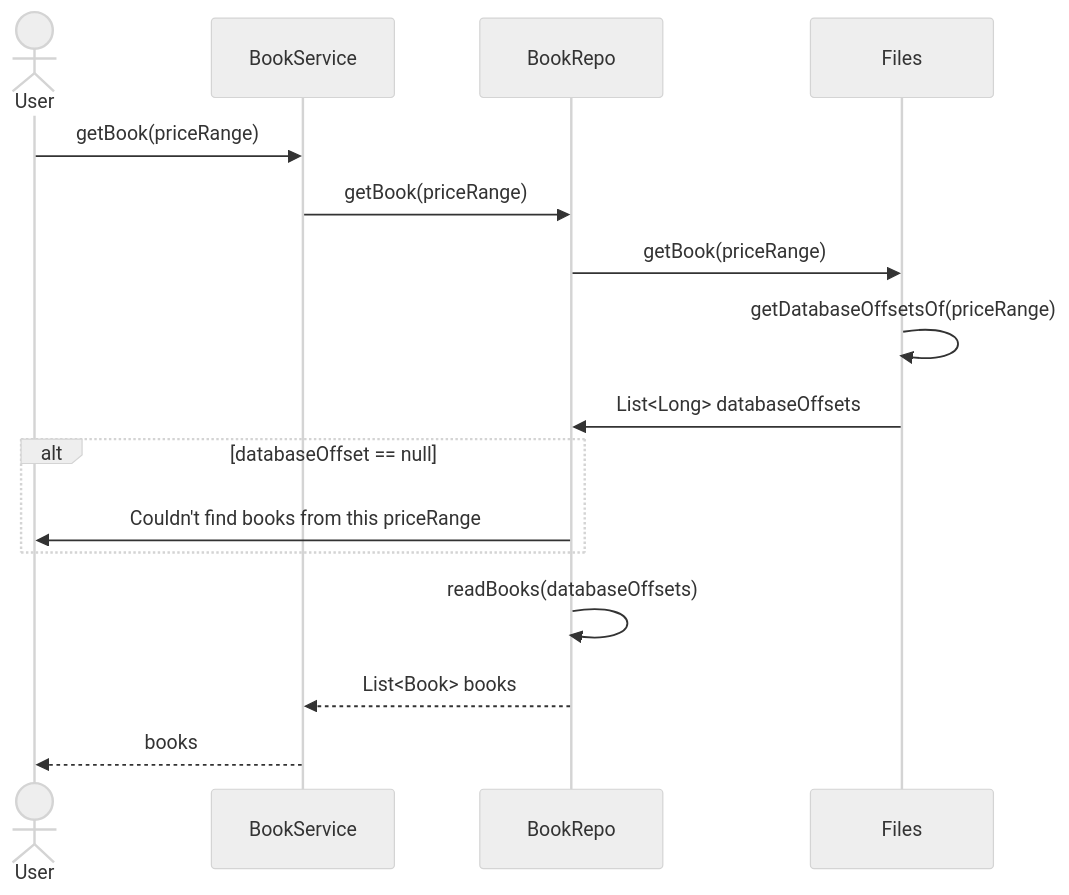
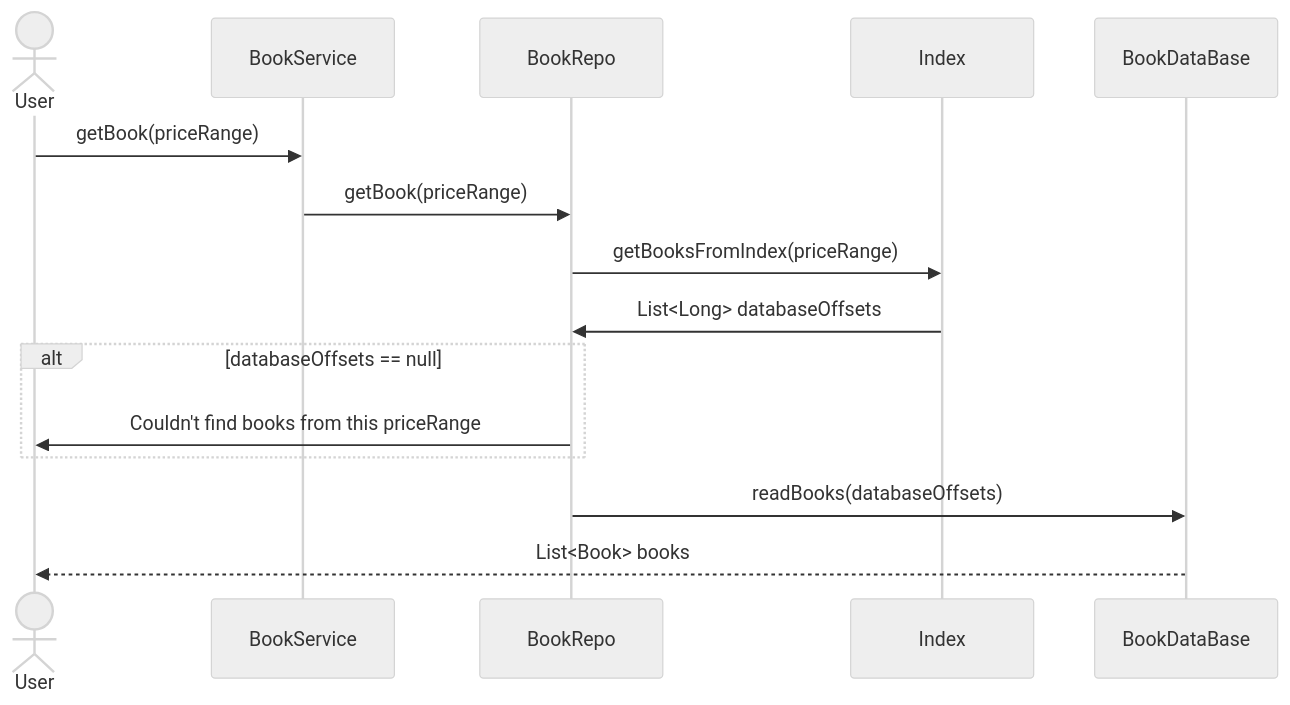
The sixth of 7 diagrams in docs/high_level_architecture.md (Apameus/Bookly), drawn with Mermaid (neutral theme) before and after one commit. The commit also changed other lines of this file and 1 other file, not shown here.

````diff
--- a/docs/high_level_architecture.md
+++ b/docs/high_level_architecture.md
@@ -90,19 +90,18 @@
 ```mermaid
 sequenceDiagram
     actor U as User
     participant BS as BookService
     participant BR as BookRepo
-    participant F as Files
+    participant I as Index
+    participant DB as BookDataBase
     U ->> BS: getBook(priceRange)
     BS ->> BR: getBook(priceRange)
-    BR ->> F: getBook(priceRange)
-    F ->> F: getDatabaseOffsetsOf(priceRange)
-    F ->> BR: List<Long> databaseOffsets
-    alt databaseOffset == null
+    BR ->> I: getBooksFromIndex(priceRange)
+    I ->> BR: List<Long> databaseOffsets
+    alt databaseOffsets == null
         BR ->> U: Couldn't find books from this priceRange    
     end
-    BR ->> BR: readBooks(databaseOffsets)
-    BR -->> BS: List<Book> books
-    BS -->> U: books
+    BR ->> DB: readBooks(databaseOffsets)
+    DB -->> U: List<Book> books
 
 ```
````
